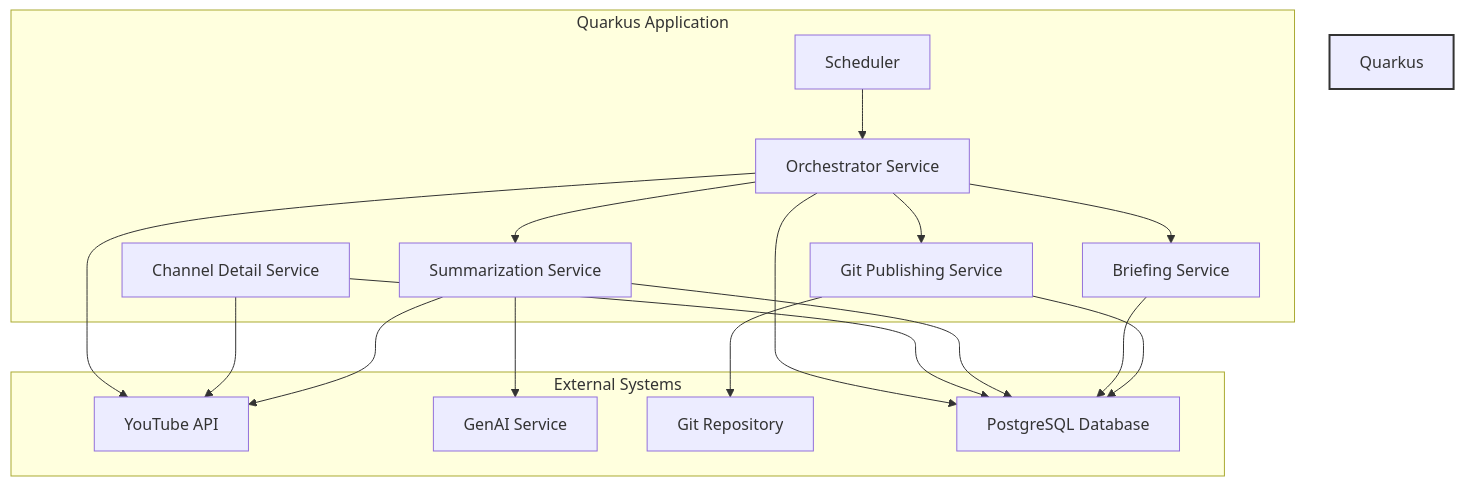
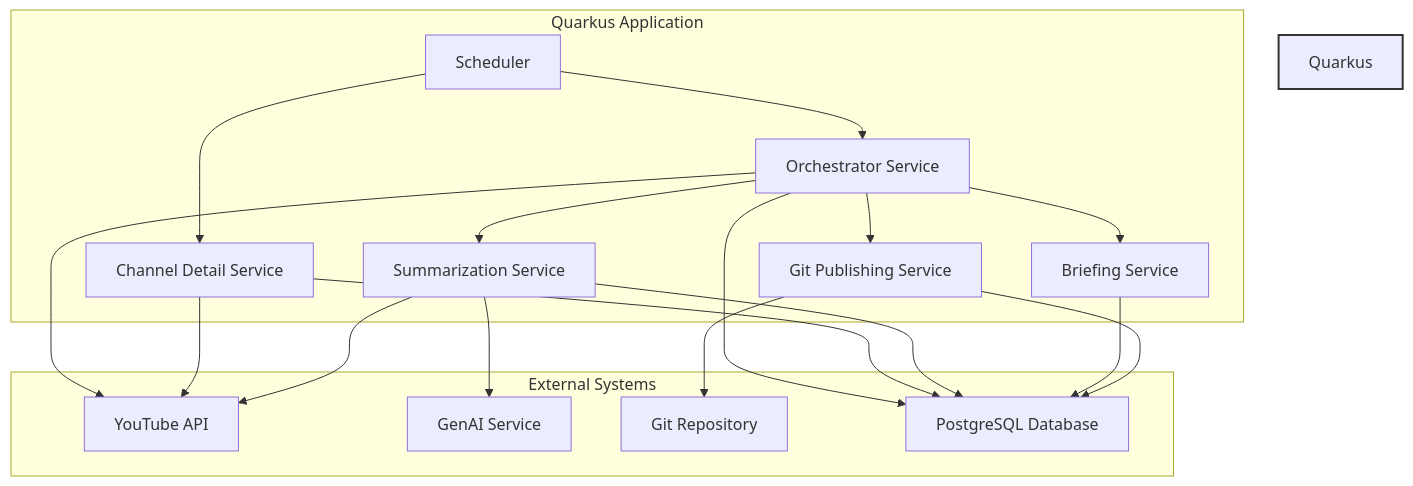
Before and after one commit to sjuresa/povzetkar: the diagram in docs/overview/architecture_overview.md, drawn with Mermaid.

Commit message:
fix: add connection
POV-55

````diff
--- a/docs/overview/architecture_overview.md
+++ b/docs/overview/architecture_overview.md
@@ -17,31 +17,31 @@
 ```mermaid
 graph TD
     subgraph Quarkus Application
         A[Scheduler] --> B[Orchestrator Service];
-        C[Channel Detail Service];
+        A --> C[Channel Detail Service];
         B --> D[Summarization Service];
         B --> E[Briefing Service];
         B --> F[Git Publishing Service];
     end
 
     subgraph External Systems
         G[YouTube API]
         I[GenAI Service]
         J[Git Repository]
         H[PostgreSQL Database]
     end
 
     B --> G;
     C --> G;
     D --> G;
     D --> I;
     F --> J;
 
     B --> H;
     C --> H;
     D --> H;
     E --> H;
     F --> H;
 
     style Quarkus Application fill:#f9f,stroke:#333,stroke-width:2px
 ```
````
